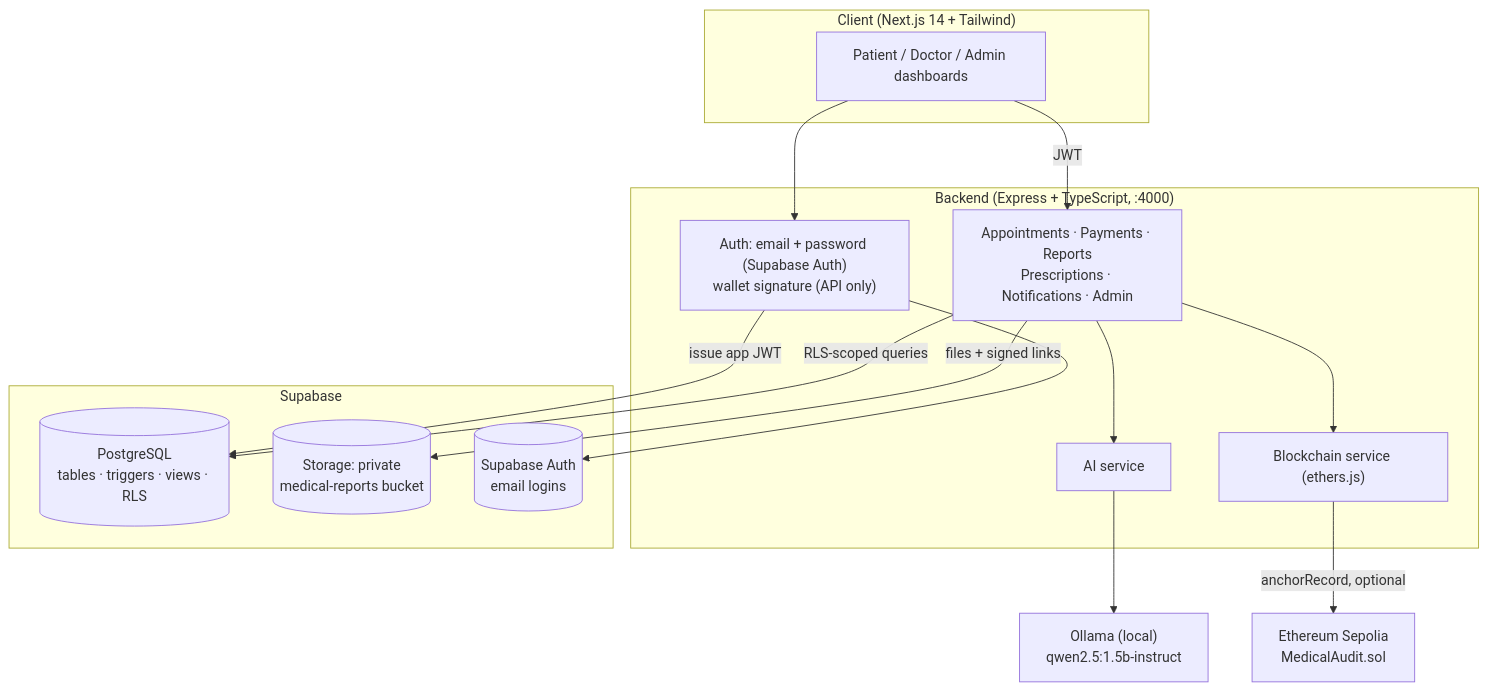
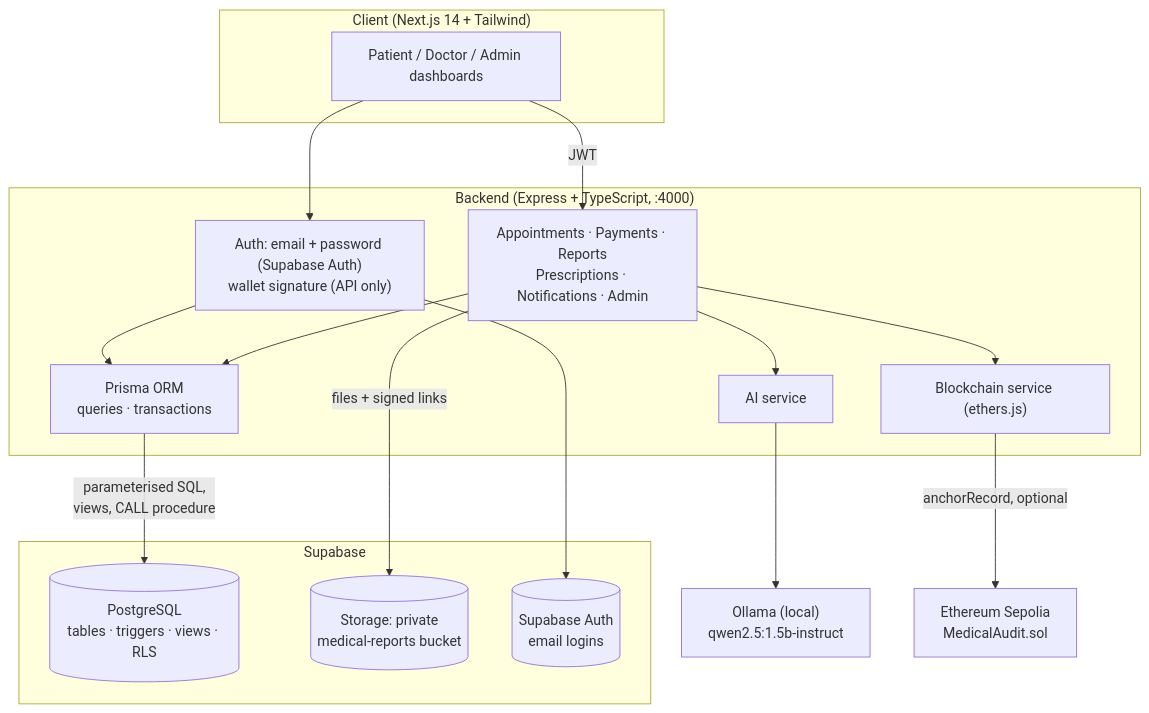
One commit to Zageraus/Elixo changed the diagram in README.md. Above: the diagram before and after it, drawn with Mermaid. The commit also changed other lines of this file, not shown here.

Commit message:
Document Prisma, transactions, Docker, backups and CI in the README

````diff
--- a/README.md
+++ b/README.md
@@ -48,31 +53,32 @@
 ```mermaid
 flowchart TD
     subgraph Client ["Client (Next.js 14 + Tailwind)"]
         UI["Patient / Doctor / Admin dashboards"]
     end
 
     subgraph API ["Backend (Express + TypeScript, :4000)"]
         Auth["Auth: email + password (Supabase Auth)<br/>wallet signature (API only)"]
         Routes["Appointments · Payments · Reports<br/>Prescriptions · Notifications · Admin"]
+        ORM["Prisma ORM<br/>queries · transactions"]
         AI["AI service"]
         Chain["Blockchain service (ethers.js)"]
     end
 
     subgraph DB ["Supabase"]
         PG[("PostgreSQL<br/>tables · triggers · views · RLS")]
         Store[("Storage: private<br/>medical-reports bucket")]
         SAuth[("Supabase Auth<br/>email logins")]
     end
 
     Ollama["Ollama (local)<br/>qwen2.5:1.5b-instruct"]
     Sepolia["Ethereum Sepolia<br/>MedicalAudit.sol"]
 
     UI -->|JWT| Routes
     UI --> Auth
     Auth --> SAuth
-    Auth -->|issue app JWT| PG
-    Routes -->|RLS-scoped queries| PG
+    Auth --> ORM
+    Routes --> ORM -->|parameterised SQL,<br/>views, CALL procedure| PG
     Routes -->|files + signed links| Store
     Routes --> AI --> Ollama
     Routes --> Chain -->|anchorRecord, optional| Sepolia
 ```
````
